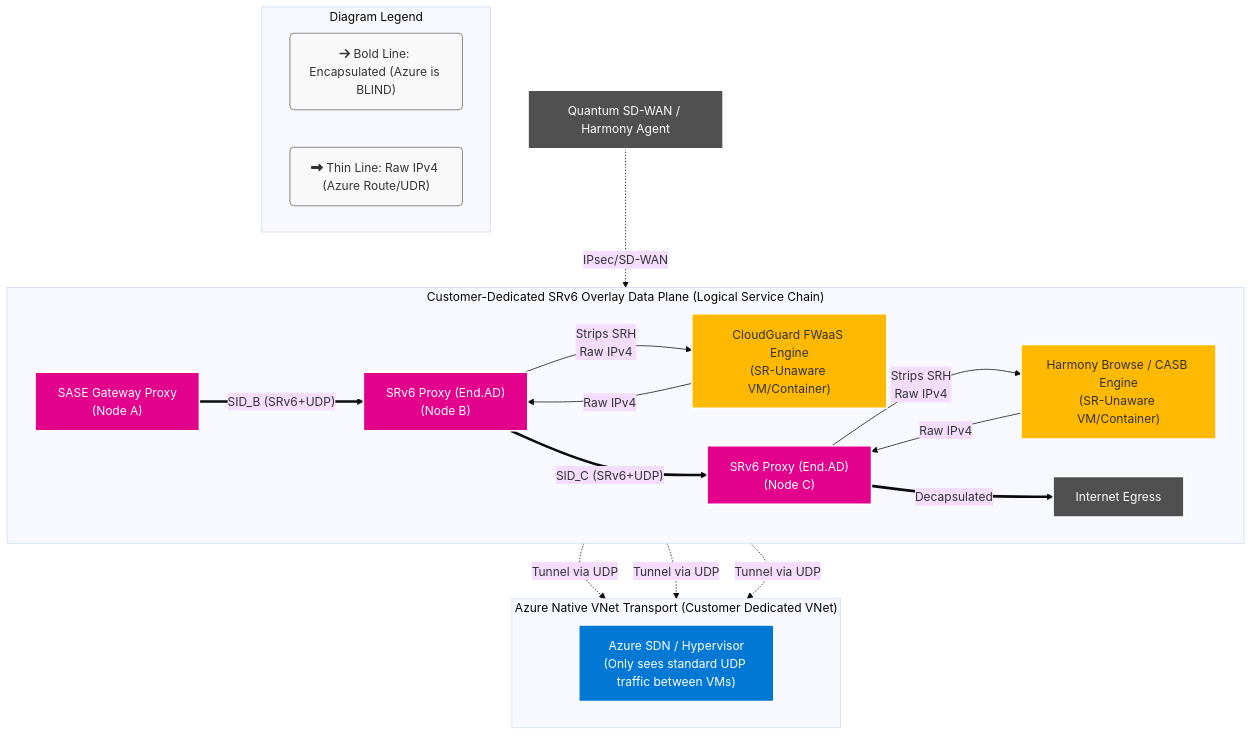
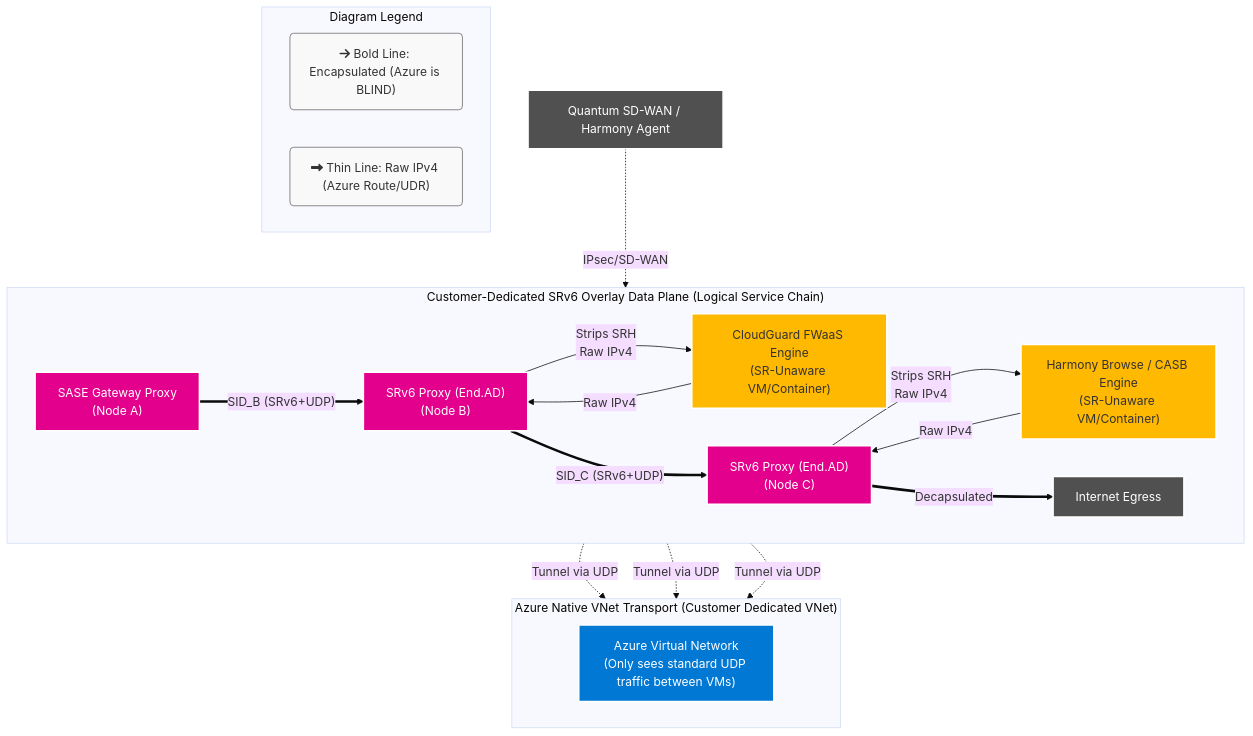
One commit to roie9876/SASE changed the tenth of 11 diagrams in README.md. Above: the diagram before and after it, drawn with Mermaid (base theme).

Commit message:
docs: Remove confusing SDN terminology from Azure Underlay diagram

````diff
--- a/README.md
+++ b/README.md
@@ -761,48 +761,48 @@
 ```mermaid
 flowchart TD
     %% Styling
     classDef cloud fill:#0078D4,stroke:#fff,stroke-width:2px,color:#fff
     classDef proxy fill:#E3008C,stroke:#fff,stroke-width:2px,color:#fff
     classDef secApp fill:#FFB900,stroke:#fff,stroke-width:2px,color:#333
     classDef endUser fill:#505050,stroke:#fff,stroke-width:2px,color:#fff
 
     Client["Quantum SD-WAN / Harmony Agent"]:::endUser
 
     classDef legendBox fill:#f9f9f9,stroke:#666,stroke-width:1px,color:#333
 
     subgraph Legend ["  Diagram Legend  "]
         L1("fa:fa-arrow-right Bold Line: Encapsulated (Azure is BLIND)"):::legendBox
         L2("fa:fa-long-arrow-alt-right Thin Line: Raw IPv4 (Azure Route/UDR)"):::legendBox
     end
 
     subgraph Logical_Overlay ["  Customer-Dedicated SRv6 Overlay Data Plane (Logical Service Chain)  "]
         direction LR
         Ingress["SASE Gateway Proxy<br/>(Node A)"]:::proxy
         ProxyB["SRv6 Proxy (End.AD)<br/>(Node B)"]:::proxy
         ProxyC["SRv6 Proxy (End.AD)<br/>(Node C)"]:::proxy
         Egress["Internet Egress"]:::endUser
         
         IPS["CloudGuard FWaaS Engine<br/>(SR-Unaware VM/Container)"]:::secApp
         DLP["Harmony Browse / CASB Engine<br/>(SR-Unaware VM/Container)"]:::secApp
         
         Ingress == "SID_B (SRv6+UDP)" ==> ProxyB
         ProxyB -- "Strips SRH<br/>Raw IPv4" --> IPS
         IPS -- "Raw IPv4" --> ProxyB
         ProxyB == "SID_C (SRv6+UDP)" ==> ProxyC
         ProxyC -- "Strips SRH<br/>Raw IPv4" --> DLP
         DLP -- "Raw IPv4" --> ProxyC
         ProxyC == "Decapsulated" ==> Egress
     end
     
     subgraph Azure_Underlay ["  Azure Native VNet Transport (Customer Dedicated VNet)  "]
         direction LR
-        VNet["Azure SDN / Hypervisor<br/>(Only sees standard UDP traffic between VMs)"]:::cloud
+        VNet["Azure Virtual Network<br/>(Only sees standard UDP traffic between VMs)"]:::cloud
     end
     
     Client -. "IPsec/SD-WAN" .-> Ingress
     
     %% Relationships bridging underlay/overlay
     Ingress -. "Tunnel via UDP" .-> VNet
     ProxyB -. "Tunnel via UDP" .-> VNet
     ProxyC -. "Tunnel via UDP" .-> VNet
 ```
````
